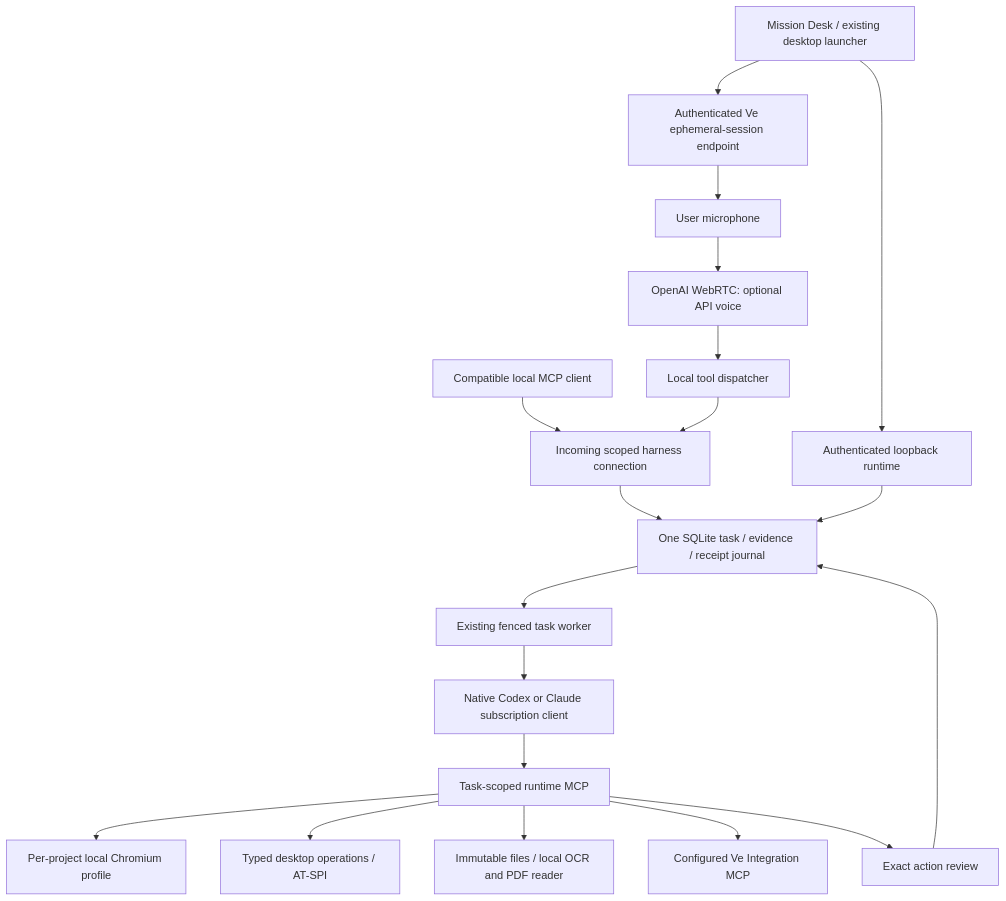
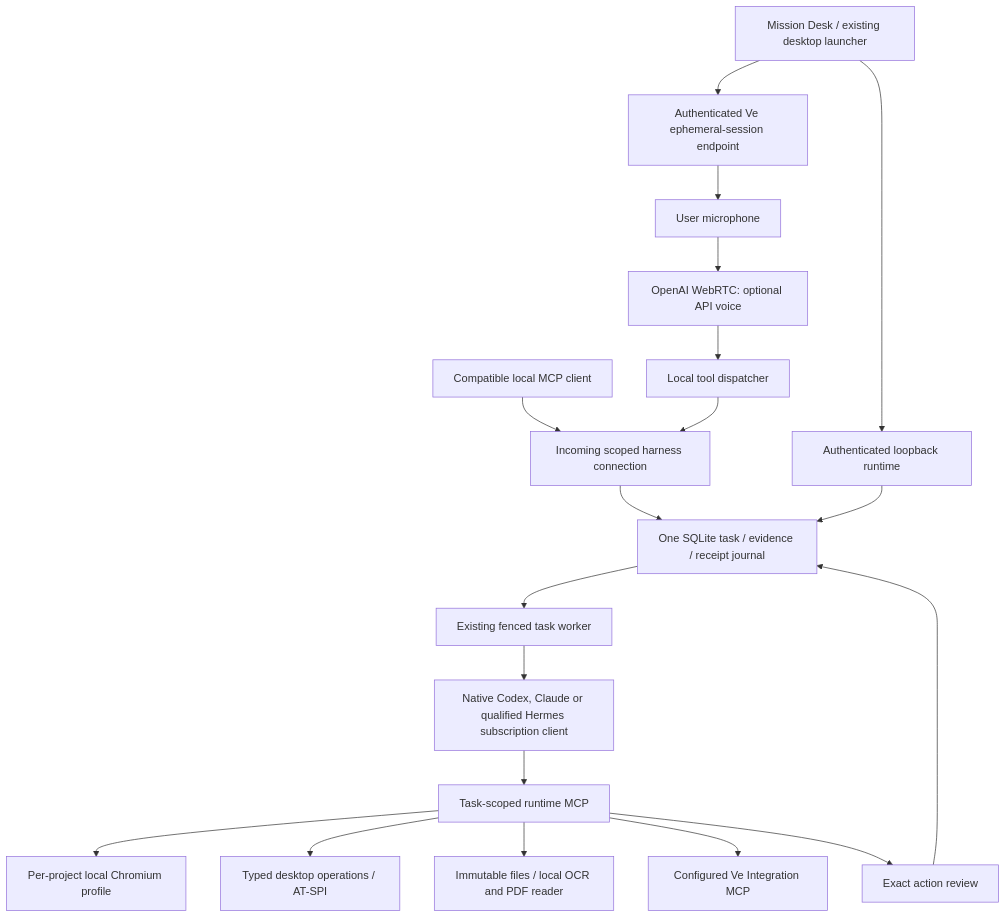
One commit to veailabs/Ve_Os changed the diagram in docs/veos-agent-controls.md. Above: the diagram before and after it, drawn with Mermaid. The commit also changed other lines of this file and 12 other files, not shown here.

Commit message:
Add qualified native Hermes worker with scoped tools and gateway cancellation

````diff
--- a/docs/veos-agent-controls.md
+++ b/docs/veos-agent-controls.md
@@ -7,21 +7,21 @@
 ```mermaid
 flowchart TD
   UI[Mission Desk / existing desktop launcher] --> API[Authenticated loopback runtime]
   MIC[User microphone] --> RTC[OpenAI WebRTC: optional API voice]
   UI --> MINT[Authenticated Ve ephemeral-session endpoint]
   MINT --> MIC
   RTC --> DISPATCH[Local tool dispatcher]
   MCP[Compatible local MCP client] --> IN[Incoming scoped harness connection]
   DISPATCH --> IN
   IN --> JOURNAL[One SQLite task / evidence / receipt journal]
   API --> JOURNAL
   JOURNAL --> WORKER[Existing fenced task worker]
-  WORKER --> MODEL[Native Codex or Claude subscription client]
+  WORKER --> MODEL[Native Codex, Claude or qualified Hermes subscription client]
   MODEL --> TOOLS[Task-scoped runtime MCP]
   TOOLS --> BROWSER[Per-project local Chromium profile]
   TOOLS --> DESKTOP[Typed desktop operations / AT-SPI]
   TOOLS --> FILES[Immutable files / local OCR and PDF reader]
   TOOLS --> VE[Configured Ve Integration MCP]
   TOOLS --> REVIEW[Exact action review]
   REVIEW --> JOURNAL
 ```
````
